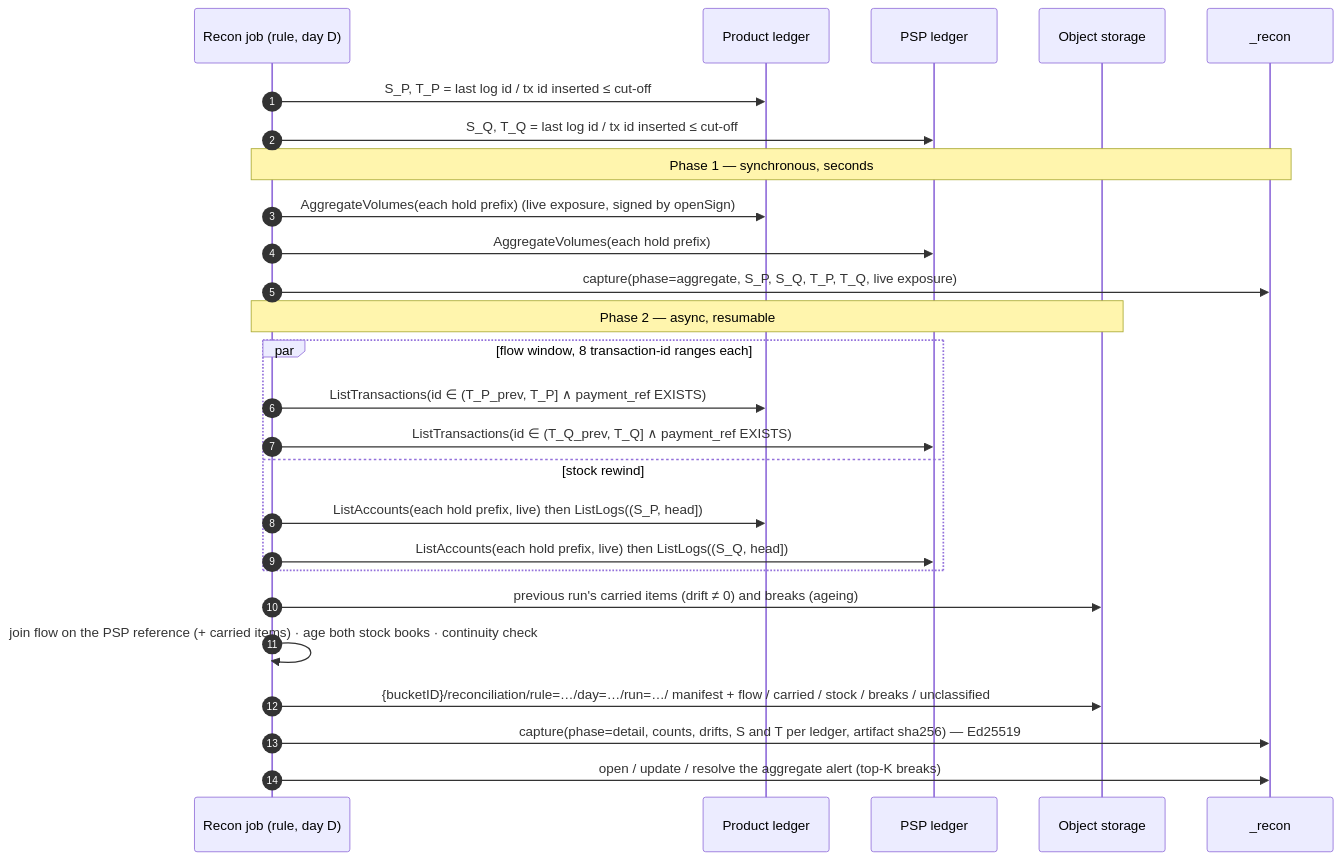
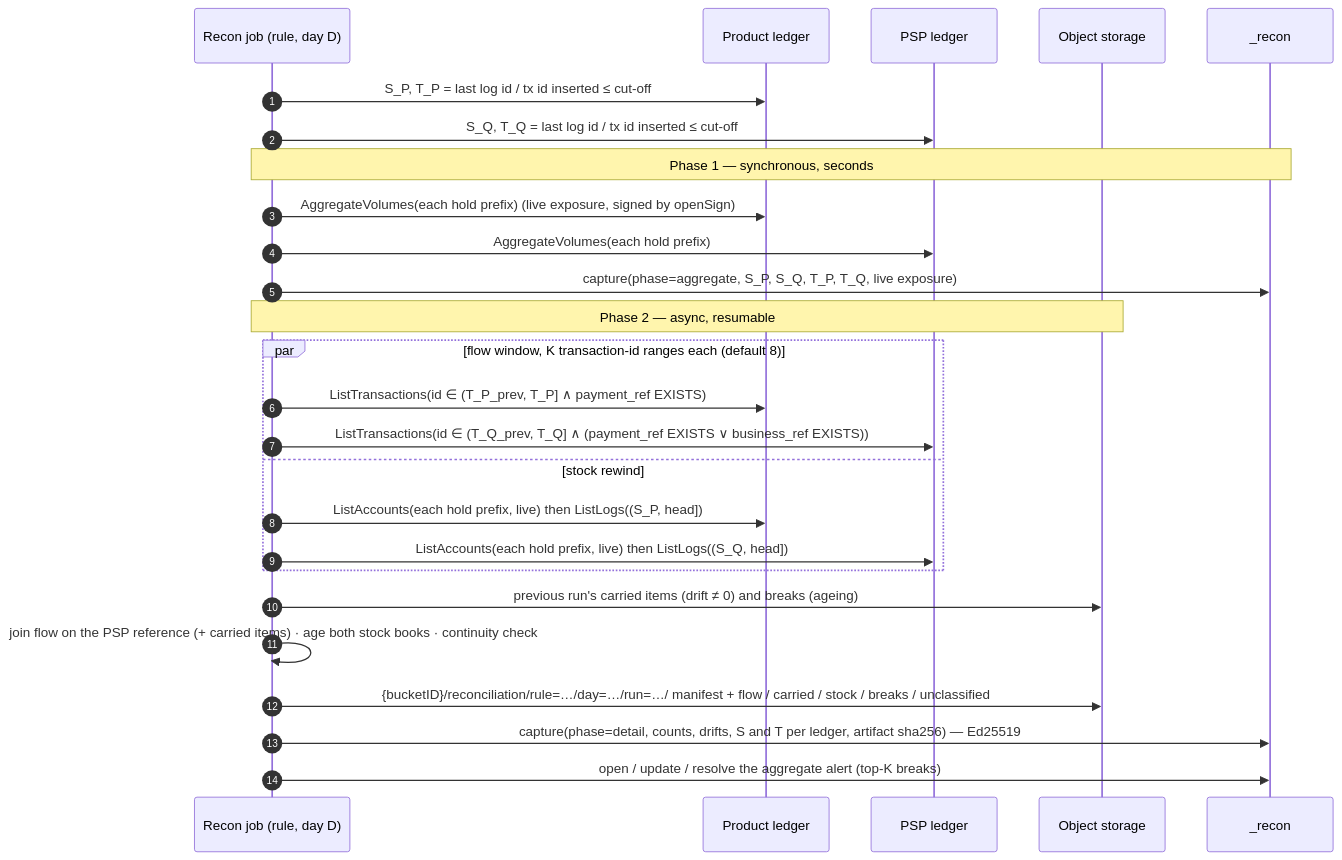
The second of 2 diagrams in docs/technical/transaction-level-reconciliation.md (formancehq/reconciliation), drawn with Mermaid before and after one commit. The commit also changed other lines of this file and 4 other files, not shown here.

````diff
--- a/docs/technical/transaction-level-reconciliation.md
+++ b/docs/technical/transaction-level-reconciliation.md
@@ -174,29 +174,29 @@
 ```mermaid
 sequenceDiagram
     autonumber
     participant J as Recon job (rule, day D)
     participant P as Product ledger
     participant Q as PSP ledger
     participant O as Object storage
     participant C as _recon
 
     J->>P: S_P, T_P = last log id / tx id inserted ≤ cut-off
     J->>Q: S_Q, T_Q = last log id / tx id inserted ≤ cut-off
     Note over J,C: Phase 1 — synchronous, seconds
     J->>P: AggregateVolumes(each hold prefix)  (live exposure, signed by openSign)
     J->>Q: AggregateVolumes(each hold prefix)
     J->>C: capture(phase=aggregate, S_P, S_Q, T_P, T_Q, live exposure)
     Note over J,O: Phase 2 — async, resumable
-    par flow window, 8 transaction-id ranges each
+    par flow window, K transaction-id ranges each (default 8)
         J->>P: ListTransactions(id ∈ (T_P_prev, T_P] ∧ payment_ref EXISTS)
-        J->>Q: ListTransactions(id ∈ (T_Q_prev, T_Q] ∧ payment_ref EXISTS)
+        J->>Q: ListTransactions(id ∈ (T_Q_prev, T_Q] ∧ (payment_ref EXISTS ∨ business_ref EXISTS))
     and stock rewind
         J->>P: ListAccounts(each hold prefix, live) then ListLogs((S_P, head])
         J->>Q: ListAccounts(each hold prefix, live) then ListLogs((S_Q, head])
     end
     J->>O: previous run's carried items (drift ≠ 0) and breaks (ageing)
     J->>J: join flow on the PSP reference (+ carried items) · age both stock books · continuity check
     J->>O: {bucketID}/reconciliation/rule=…/day=…/run=…/ manifest + flow / carried / stock / breaks / unclassified
     J->>C: capture(phase=detail, counts, drifts, S and T per ledger, artifact sha256) — Ed25519
     J->>C: open / update / resolve the aggregate alert (top-K breaks)
 ```
````
